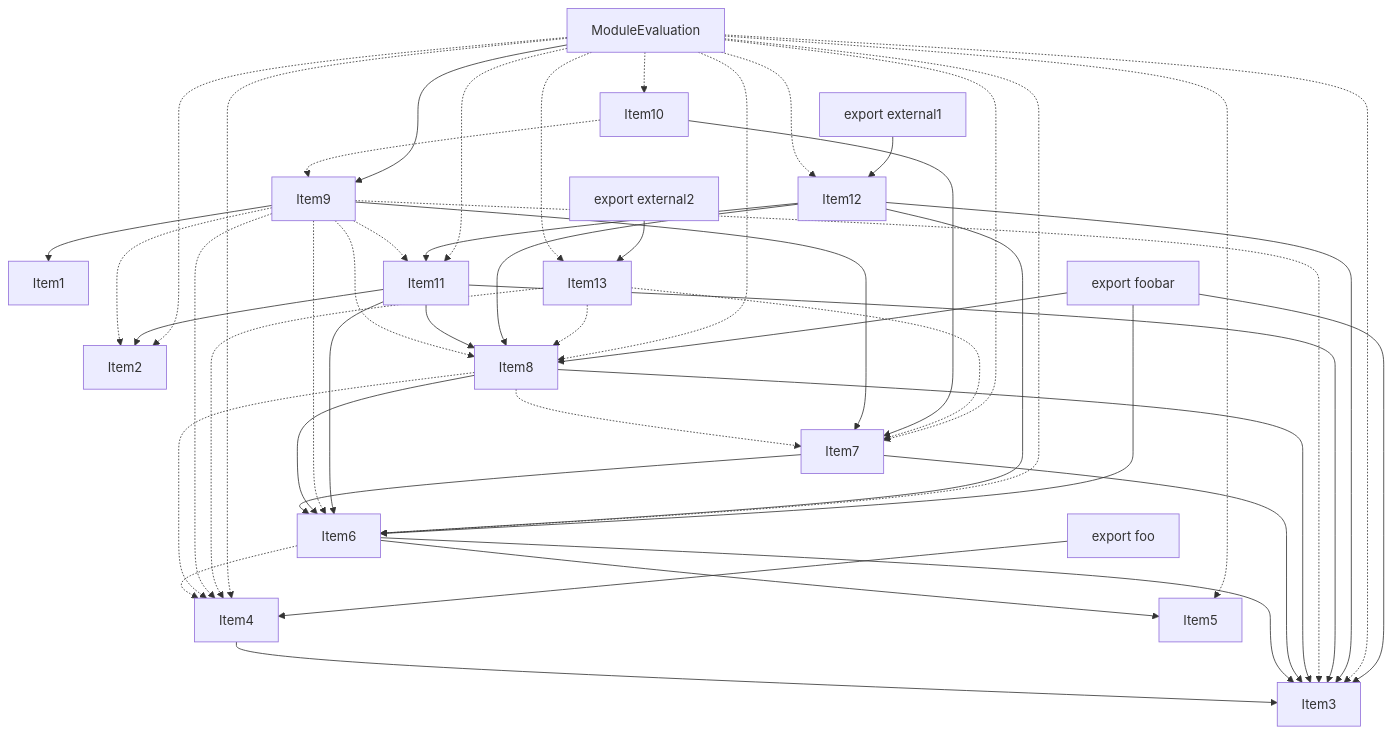
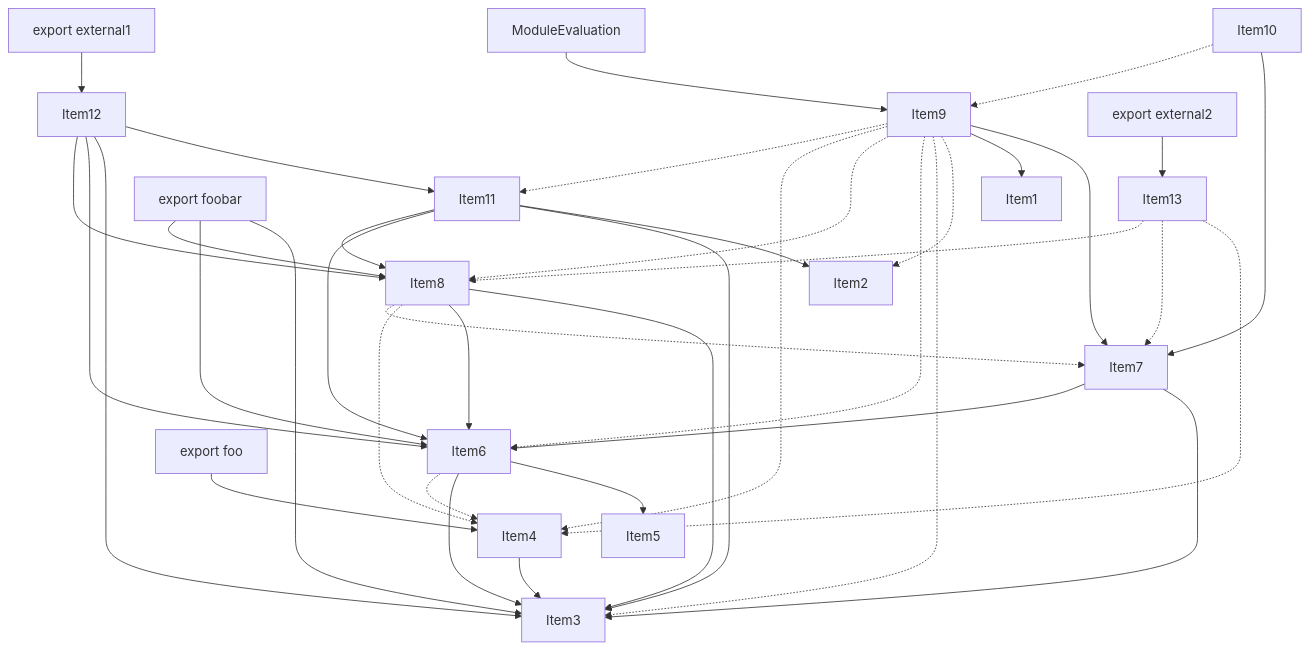
Before and after one commit to vercel/turborepo: the fourth of 5 diagrams in crates/turbopack-ecmascript/tests/tree-shaker/analyzer/1/output.md, drawn with Mermaid. The commit also changed other lines of this file and 3 other files, not shown here.

````diff
--- a/crates/turbopack-ecmascript/tests/tree-shaker/analyzer/1/output.md
+++ b/crates/turbopack-ecmascript/tests/tree-shaker/analyzer/1/output.md
@@ -273,75 +273,64 @@
 ```mermaid
 graph TD
     Item1;
     Item2;
     Item3;
     Item4;
     Item5;
     Item6;
     Item7;
     Item8;
     Item9;
     Item10;
     Item11;
     Item12;
     Item13;
     Item14;
     Item14["ModuleEvaluation"];
     Item15;
     Item15["export foobar"];
     Item16;
     Item16["export foo"];
     Item17;
     Item17["export external1"];
     Item18;
     Item18["export external2"];
     Item4 --> Item3;
     Item6 --> Item5;
     Item6 --> Item3;
     Item6 -.-> Item4;
     Item7 --> Item3;
     Item7 --> Item6;
     Item8 --> Item3;
     Item8 --> Item6;
     Item8 -.-> Item4;
     Item8 -.-> Item7;
     Item9 --> Item7;
     Item9 --> Item1;
     Item9 -.-> Item2;
     Item9 -.-> Item3;
     Item9 -.-> Item6;
     Item9 -.-> Item8;
     Item9 -.-> Item4;
     Item9 -.-> Item11;
     Item10 --> Item7;
     Item10 -.-> Item9;
     Item11 --> Item2;
     Item11 --> Item3;
     Item11 --> Item6;
     Item11 --> Item8;
     Item12 --> Item11;
     Item12 --> Item3;
     Item12 --> Item6;
     Item12 --> Item8;
     Item13 -.-> Item4;
     Item13 -.-> Item7;
     Item13 -.-> Item8;
     Item14 --> Item9;
-    Item14 -.-> Item12;
-    Item14 -.-> Item2;
-    Item14 -.-> Item3;
-    Item14 -.-> Item6;
-    Item14 -.-> Item8;
-    Item14 -.-> Item4;
-    Item14 -.-> Item7;
-    Item14 -.-> Item5;
-    Item14 -.-> Item10;
-    Item14 -.-> Item11;
-    Item14 -.-> Item13;
     Item15 --> Item3;
     Item15 --> Item6;
     Item15 --> Item8;
     Item16 --> Item4;
     Item17 --> Item12;
     Item18 --> Item13;
 ```
````
